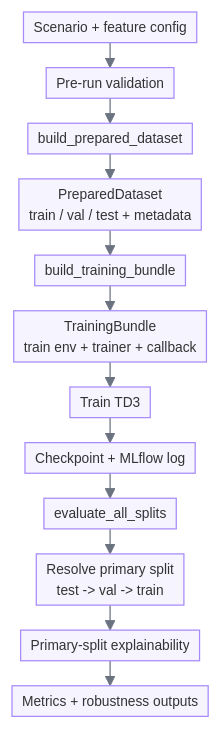
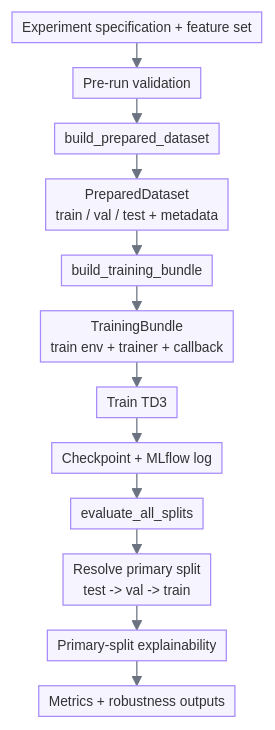
The first of 6 diagrams in thesis/qmd/src/99-appendix.qmd (kwojdalski/masters_thesis), drawn with Mermaid before and after one commit. The commit also changed other lines of this file and 15 other files, not shown here.

````diff
--- a/thesis/qmd/src/99-appendix.qmd
+++ b/thesis/qmd/src/99-appendix.qmd
@@ -159,30 +146,30 @@
 ```{mermaid}
 %%| fig-align: center
 %%{init: {
   'theme': 'base',
   'themeVariables': {
     'fontSize': '11px',
     'primaryColor': '#f5f4ff',
     'primaryBorderColor': '#a78bfa',
     'lineColor': '#6b7280'
   },
   'flowchart': {
     'nodeSpacing': 18,
     'rankSpacing': 20,
     'padding': 4,
     'useMaxWidth': false
   }
 }}%%
 flowchart TD
-    A[Scenario + feature config] --> B[Pre-run validation]
+    A[Experiment specification + feature set] --> B[Pre-run validation]
     B --> C[build_prepared_dataset]
     C --> D[PreparedDataset<br/>train / val / test + metadata]
     D --> E[build_training_bundle]
     E --> F[TrainingBundle<br/>train env + trainer + callback]
     F --> G[Train TD3]
     G --> H[Checkpoint + MLflow log]
     H --> I[evaluate_all_splits]
     I --> J[Resolve primary split<br/>test -> val -> train]
     J --> K[Primary-split explainability]
     K --> L[Metrics + robustness outputs]
 ```
````
